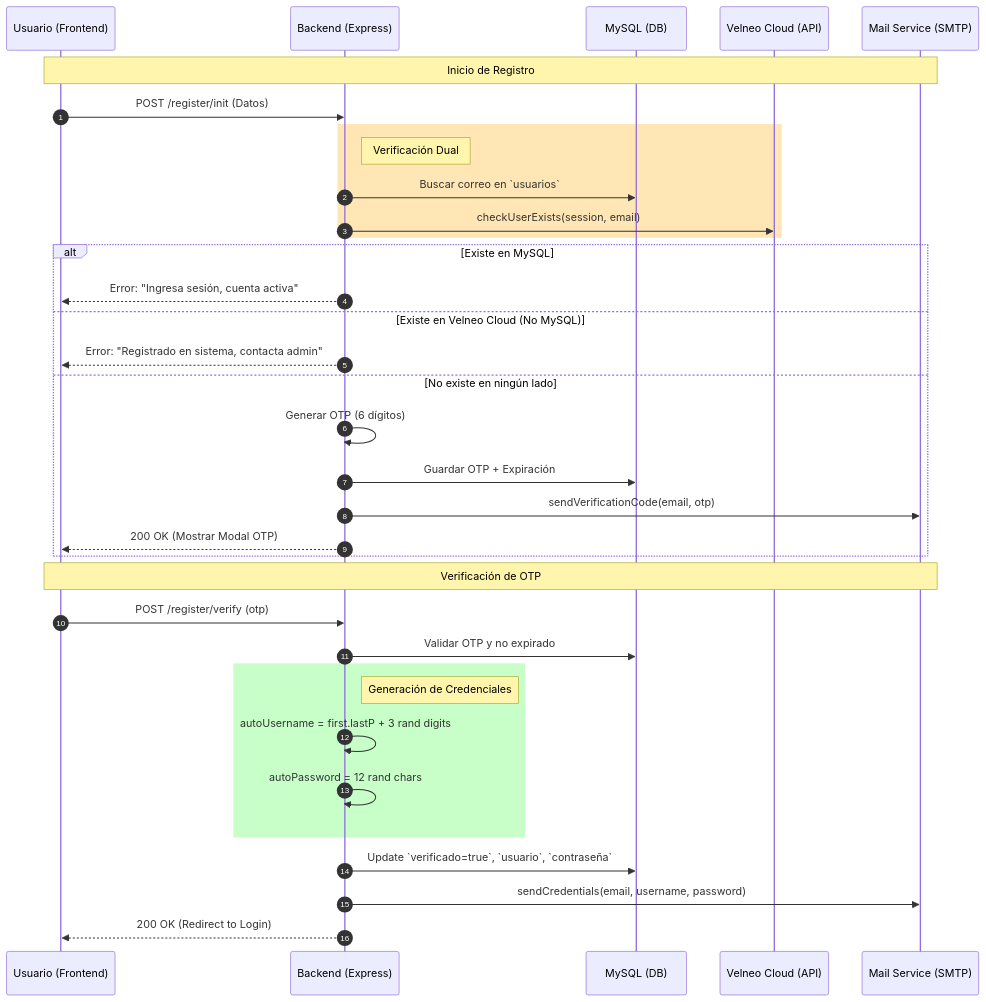
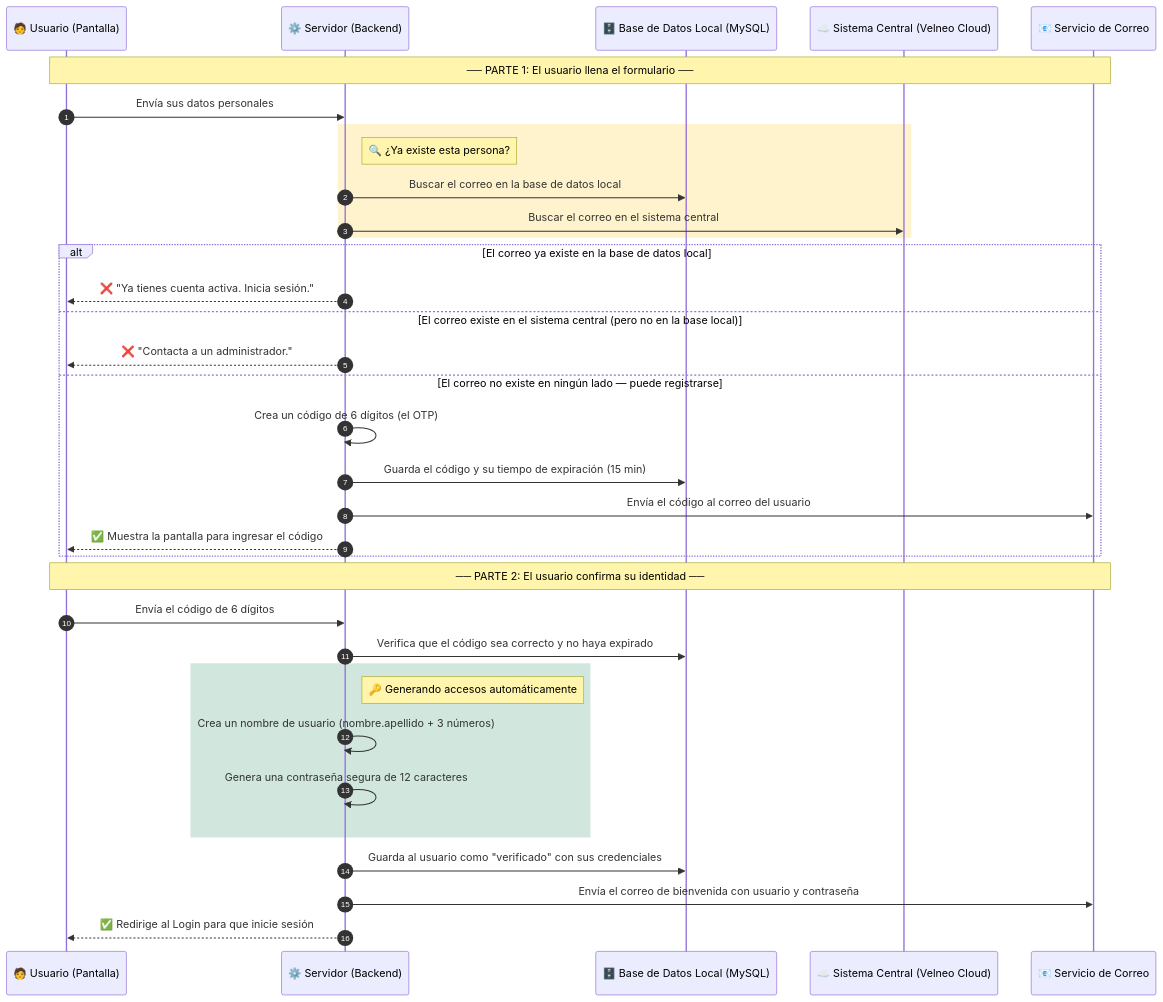
One commit to arturomiranda/ds-qs changed the diagram in web/modulos/registro/Registro_Plan.md. Above: the diagram before and after it, drawn with Mermaid. The commit also changed other lines of this file, not shown here.

````diff
--- a/web/modulos/registro/Registro_Plan.md
+++ b/web/modulos/registro/Registro_Plan.md
@@ -63,43 +97,45 @@
 ```mermaid
 sequenceDiagram
     autonumber
-    participant U as Usuario (Frontend)
-    participant B as Backend (Express)
-    participant SQL as MySQL (DB)
-    participant VC as Velneo Cloud (API)
-    participant Mail as Mail Service (SMTP)
+    participant U as 🧑 Usuario (Pantalla)
+    participant B as ⚙️ Servidor (Backend)
+    participant SQL as 🗄️ Base de Datos Local (MySQL)
+    participant VC as ☁️ Sistema Central (Velneo Cloud)
+    participant Mail as 📧 Servicio de Correo
 
-    Note over U, Mail: Inicio de Registro
-    U->>B: POST /register/init (Datos)
-    
-    rect rgb(255, 230, 180)
-    Note right of B: Verificación Dual
-    B->>SQL: Buscar correo en `usuarios`
-    B->>VC: checkUserExists(session, email)
+    Note over U, Mail: ── PARTE 1: El usuario llena el formulario ──
+
+    U->>B: Envía sus datos personales
+
+    rect rgb(255, 243, 205)
+    Note right of B: 🔍 ¿Ya existe esta persona?
+    B->>SQL: Buscar el correo en la base de datos local
+    B->>VC: Buscar el correo en el sistema central
     end
 
-    alt Existe en MySQL
-        B-->>U: Error: "Ingresa sesión, cuenta activa"
-    else Existe en Velneo Cloud (No MySQL)
-        B-->>U: Error: "Registrado en sistema, contacta admin"
-    else No existe en ningún lado
-        B->>B: Generar OTP (6 dígitos)
-        B->>SQL: Guardar OTP + Expiración
-        B->>Mail: sendVerificationCode(email, otp)
-        B-->>U: 200 OK (Mostrar Modal OTP)
+    alt El correo ya existe en la base de datos local
+        B-->>U: ❌ "Ya tienes cuenta activa. Inicia sesión."
+    else El correo existe en el sistema central (pero no en la base local)
+        B-->>U: ❌ "Contacta a un administrador."
+    else El correo no existe en ningún lado — puede registrarse
+        B->>B: Crea un código de 6 dígitos (el OTP)
+        B->>SQL: Guarda el código y su tiempo de expiración (15 min)
+        B->>Mail: Envía el código al correo del usuario
+        B-->>U: ✅ Muestra la pantalla para ingresar el código
     end
 
-    Note over U, Mail: Verificación de OTP
-    U->>B: POST /register/verify (otp)
-    B->>SQL: Validar OTP y no expirado
-    
-    rect rgb(200, 255, 200)
-    Note right of B: Generación de Credenciales
-    B->>B: autoUsername = first.lastP + 3 rand digits
-    B->>B: autoPassword = 12 rand chars
+    Note over U, Mail: ── PARTE 2: El usuario confirma su identidad ──
+
+    U->>B: Envía el código de 6 dígitos
+    B->>SQL: Verifica que el código sea correcto y no haya expirado
+
+    rect rgb(209, 231, 221)
+    Note right of B: 🔑 Generando accesos automáticamente
+    B->>B: Crea un nombre de usuario (nombre.apellido + 3 números)
+    B->>B: Genera una contraseña segura de 12 caracteres
     end
 
-    B->>SQL: Update `verificado=true`, `usuario`, `contraseña`
-    B->>Mail: sendCredentials(email, username, password)
-    B-->>U: 200 OK (Redirect to Login)
+    B->>SQL: Guarda al usuario como "verificado" con sus credenciales
+    B->>Mail: Envía el correo de bienvenida con usuario y contraseña
+    B-->>U: ✅ Redirige al Login para que inicie sesión
 ```
````
